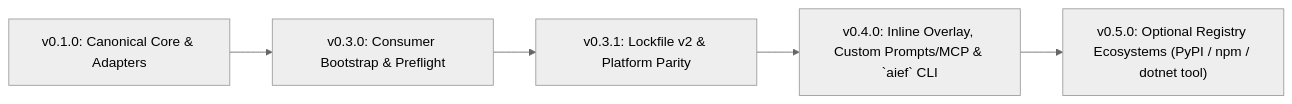
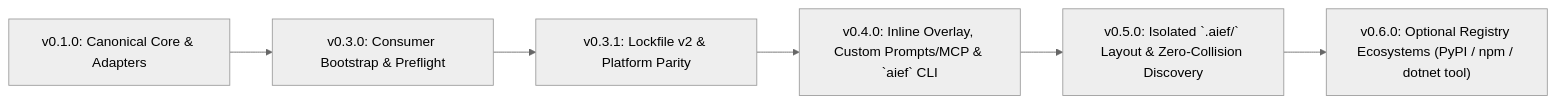
Before and after one commit to Raele24/ai-engineering-framework: the diagram in docs/ROADMAP.md, drawn with Mermaid (neutral theme). The commit also changed other lines of this file and 88 other files, not shown here.

````diff
--- a/docs/ROADMAP.md
+++ b/docs/ROADMAP.md
@@ -9,7 +9,8 @@
 ```mermaid
 flowchart LR
     V01["v0.1.0: Canonical Core & Adapters"] --> V03["v0.3.0: Consumer Bootstrap & Preflight"]
     V03 --> V031["v0.3.1: Lockfile v2 & Platform Parity"]
     V031 --> V04["v0.4.0: Inline Overlay, Custom Prompts/MCP & `aief` CLI"]
-    V04 --> V05["v0.5.0: Optional Registry Ecosystems (PyPI / npm / dotnet tool)"]
+    V04 --> V05["v0.5.0: Isolated `.aief/` Layout & Zero-Collision Discovery"]
+    V05 --> V06["v0.6.0: Optional Registry Ecosystems (PyPI / npm / dotnet tool)"]
 ```
````
